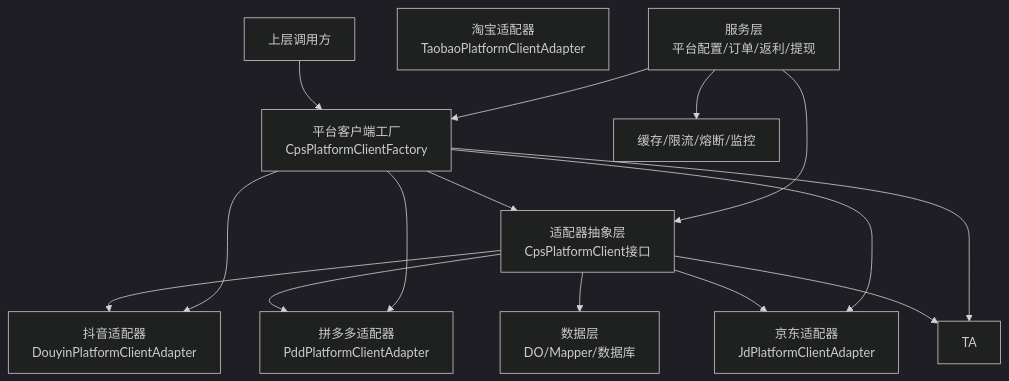
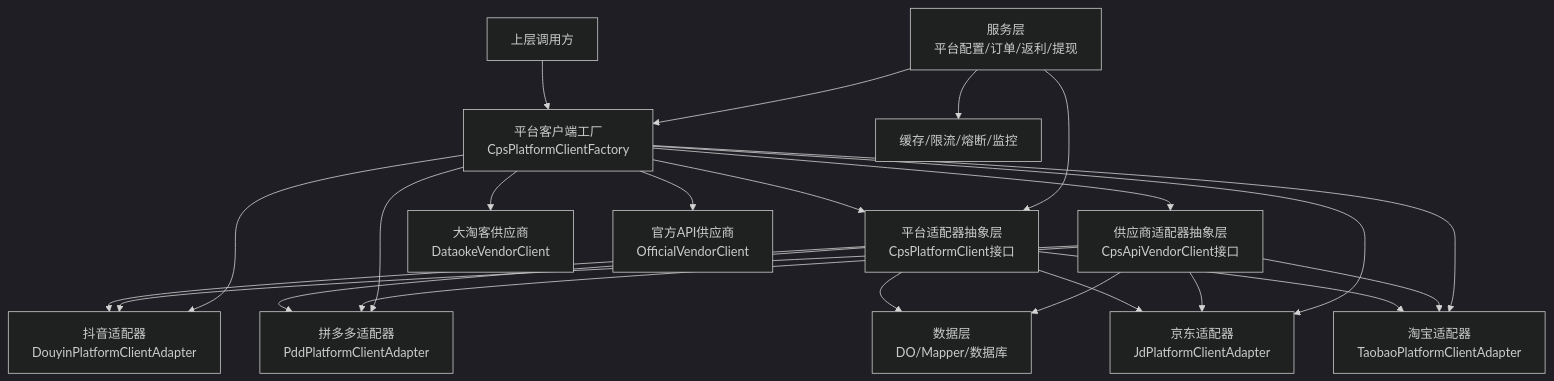
The second of 13 diagrams in .qoder/repowiki/zh/content/后端服务架构/业务模块概览/CPS业务模块/平台适配器系统.md (zhuangpengLI/AgenticCPS), drawn with Mermaid (dark theme) before and after one commit. The commit also changed other lines of this file and 9 other files, not shown here.

````diff
--- a/.qoder/repowiki/zh/content/后端服务架构/业务模块概览/CPS业务模块/平台适配器系统.md
+++ b/.qoder/repowiki/zh/content/后端服务架构/业务模块概览/CPS业务模块/平台适配器系统.md
@@ -212,27 +238,38 @@
 ```mermaid
 graph TB
 UA["上层调用方"]
-SA["适配器抽象层<br/>CpsPlatformClient接口"]
+SA["平台适配器抽象层<br/>CpsPlatformClient接口"]
+AV["供应商适配器抽象层<br/>CpsApiVendorClient接口"]
 PF["平台客户端工厂<br/>CpsPlatformClientFactory"]
 TAO["淘宝适配器<br/>TaobaoPlatformClientAdapter"]
 JD["京东适配器<br/>JdPlatformClientAdapter"]
 PDD["拼多多适配器<br/>PddPlatformClientAdapter"]
 DY["抖音适配器<br/>DouyinPlatformClientAdapter"]
+DTK["大淘客供应商<br/>DataokeVendorClient"]
+OFF["官方API供应商<br/>OfficialVendorClient"]
 SV["服务层<br/>平台配置/订单/返利/提现"]
 DL["数据层<br/>DO/Mapper/数据库"]
 CF["缓存/限流/熔断/监控"]
 UA --> PF
 PF --> SA
-SA --> TA
+PF --> AV
+SA --> TAO
 SA --> JD
 SA --> PDD
 SA --> DY
-PF --> TA
+AV --> TAO
+AV --> JD
+AV --> PDD
+AV --> DY
+PF --> TAO
 PF --> JD
 PF --> PDD
 PF --> DY
+PF --> DTK
+PF --> OFF
 SV --> SA
 SV --> PF
 SA --> DL
+AV --> DL
 SV --> CF
 ```
````
